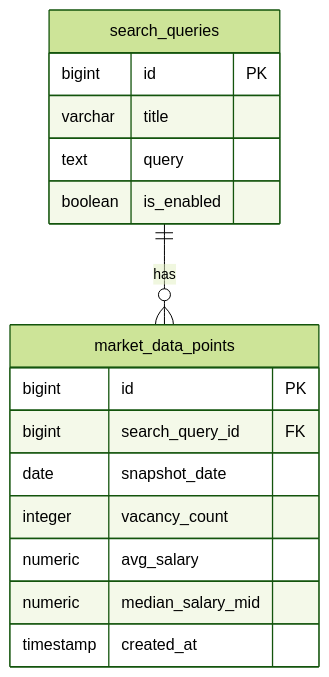
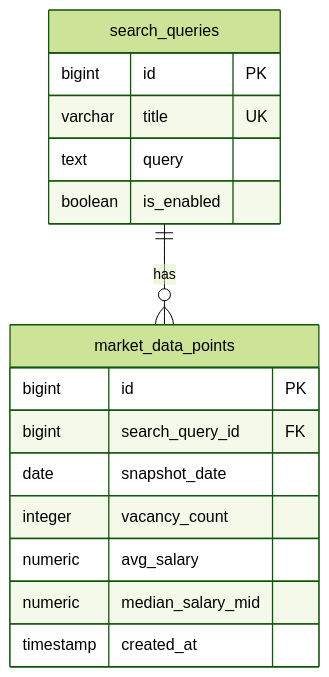
One commit to it-mentor-community-platform/meta changed the diagram in system-analytics/services/job-market-analytics-service/index.md. Above: the diagram before and after it, drawn with Mermaid (forest theme). The commit also changed other lines of this file, not shown here.

Commit message:
system-analytics - job-market-analytics-service: unique index for `title` in `search_queries` table
Added unique constraint on title in search_queries table.

````diff
--- a/system-analytics/services/job-market-analytics-service/index.md
+++ b/system-analytics/services/job-market-analytics-service/index.md
@@ -25,21 +25,21 @@
 ```mermaid
 erDiagram
     search_queries {
         bigint id PK
-        varchar title
+        varchar title UK
         text query
         boolean is_enabled
     }
 
     market_data_points {
         bigint id PK
         bigint search_query_id FK
         date snapshot_date
         integer vacancy_count
         numeric avg_salary
         numeric median_salary_mid
         timestamp created_at
     }
 
     search_queries ||--o{ market_data_points : has
 ```
````
